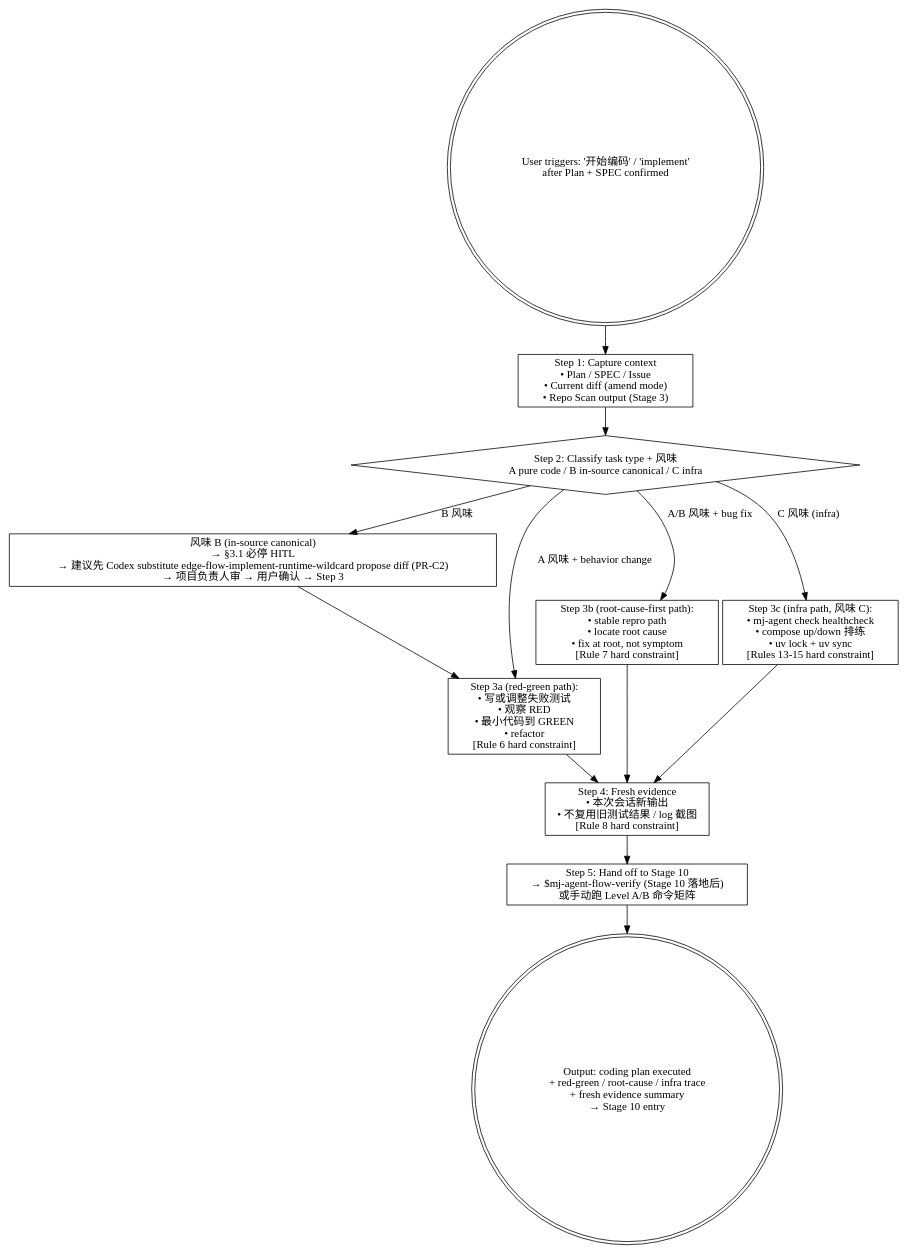
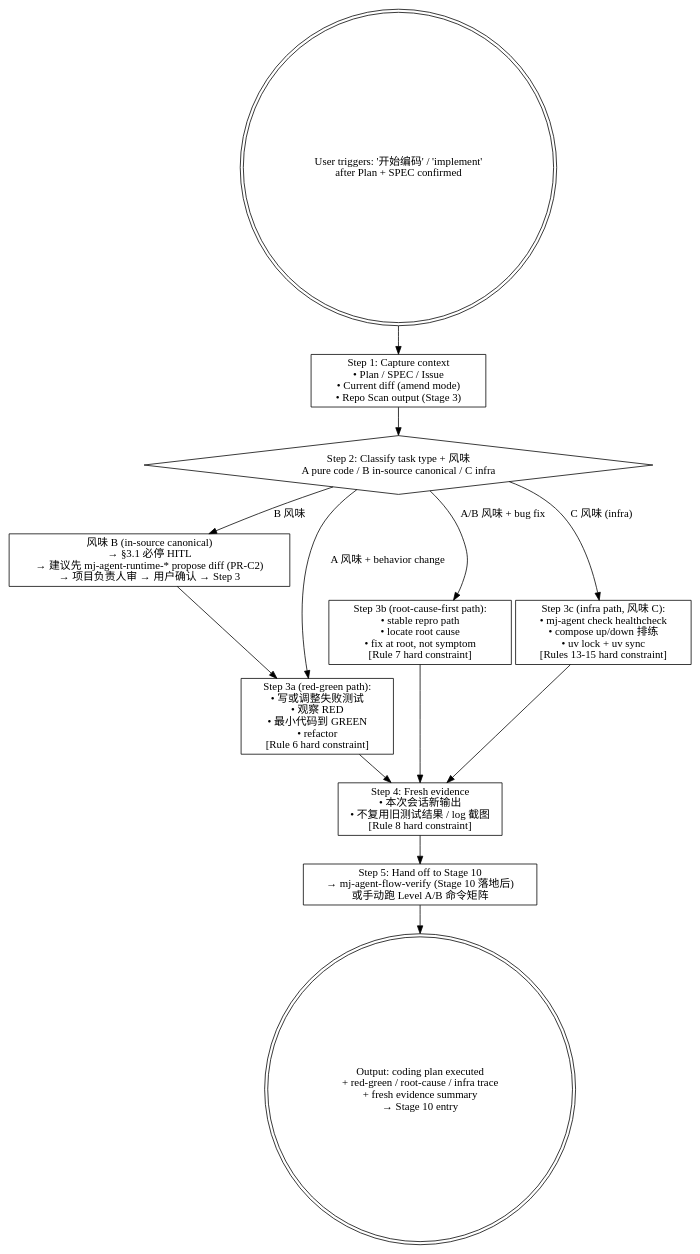
Before and after one commit to MJ-AgentLab/mj-agent: the diagram in .agents/skills/mj-agent-flow-implement/SKILL.md, drawn with Graphviz. The commit also changed other lines of this file and 254 other files, not shown here.

````diff
--- a/.agents/skills/mj-agent-flow-implement/SKILL.md
+++ b/.agents/skills/mj-agent-flow-implement/SKILL.md
@@ -53,35 +35,35 @@
 ```dot
 digraph implement {
   rankdir=TB;
   start [label="User triggers: '开始编码' / 'implement'\nafter Plan + SPEC confirmed" shape=doublecircle];
 
   s1 [label="Step 1: Capture context\n• Plan / SPEC / Issue\n• Current diff (amend mode)\n• Repo Scan output (Stage 3)" shape=box];
 
   s2 [label="Step 2: Classify task type + 风味\nA pure code / B in-source canonical / C infra" shape=diamond];
 
-  hitl_b [label="风味 B (in-source canonical)\n→ §3.1 必停 HITL\n→ 建议先 Codex substitute edge-flow-implement-runtime-wildcard propose diff (PR-C2)\n→ 项目负责人审 → 用户确认 → Step 3" shape=box];
+  hitl_b [label="风味 B (in-source canonical)\n→ §3.1 必停 HITL\n→ 建议先 mj-agent-runtime-* propose diff (PR-C2)\n→ 项目负责人审 → 用户确认 → Step 3" shape=box];
 
   s3a [label="Step 3a (red-green path):\n• 写或调整失败测试\n• 观察 RED\n• 最小代码到 GREEN\n• refactor\n[Rule 6 hard constraint]" shape=box];
 
   s3b [label="Step 3b (root-cause-first path):\n• stable repro path\n• locate root cause\n• fix at root, not symptom\n[Rule 7 hard constraint]" shape=box];
 
   s3c [label="Step 3c (infra path, 风味 C):\n• mj-agent check healthcheck\n• compose up/down 排练\n• uv lock + uv sync\n[Rules 13-15 hard constraint]" shape=box];
 
   s4 [label="Step 4: Fresh evidence\n• 本次会话新输出\n• 不复用旧测试结果 / log 截图\n[Rule 8 hard constraint]" shape=box];
 
-  s5 [label="Step 5: Hand off to Stage 10\n→ $mj-agent-flow-verify (Stage 10 落地后)\n或手动跑 Level A/B 命令矩阵" shape=box];
+  s5 [label="Step 5: Hand off to Stage 10\n→ mj-agent-flow-verify (Stage 10 落地后)\n或手动跑 Level A/B 命令矩阵" shape=box];
 
   out [label="Output: coding plan executed\n+ red-green / root-cause / infra trace\n+ fresh evidence summary\n→ Stage 10 entry" shape=doublecircle];
 
   start -> s1 -> s2;
   s2 -> hitl_b [label="B 风味"];
   hitl_b -> s3a;
   s2 -> s3a [label="A 风味 + behavior change"];
   s2 -> s3b [label="A/B 风味 + bug fix"];
   s2 -> s3c [label="C 风味 (infra)"];
   s3a -> s4;
   s3b -> s4;
   s3c -> s4;
   s4 -> s5 -> out;
 }
 ```
````
